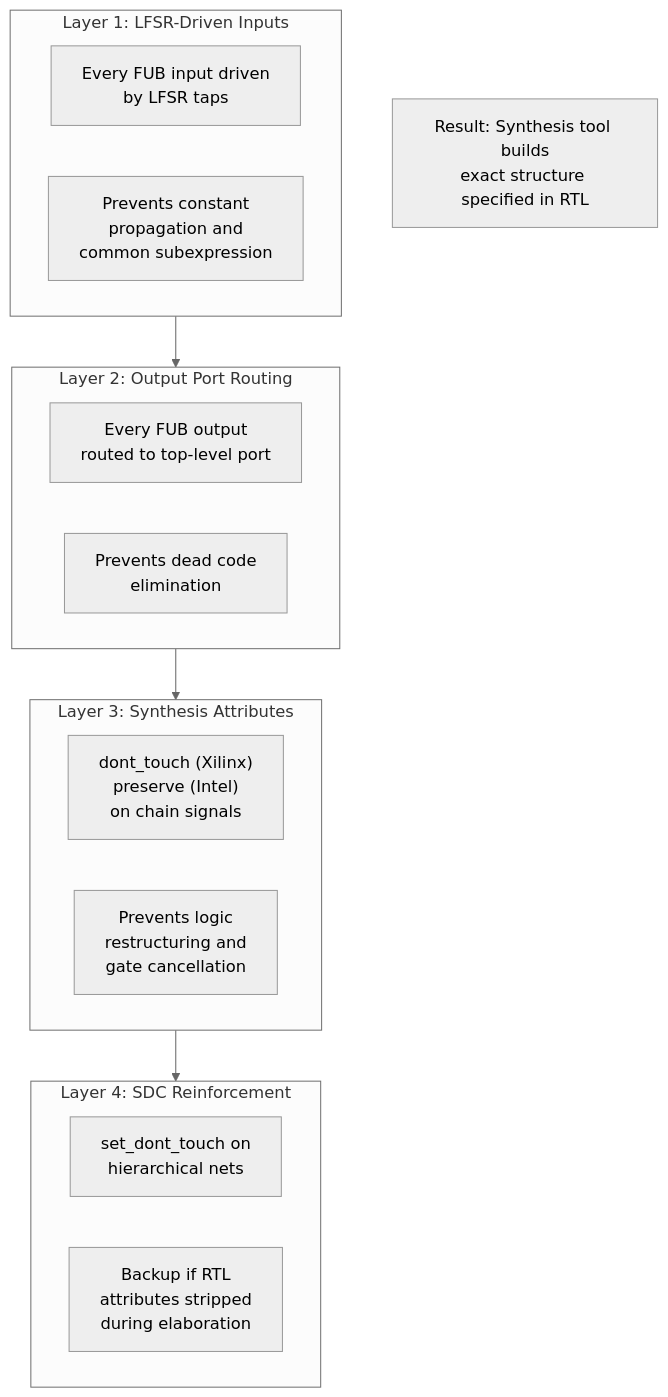
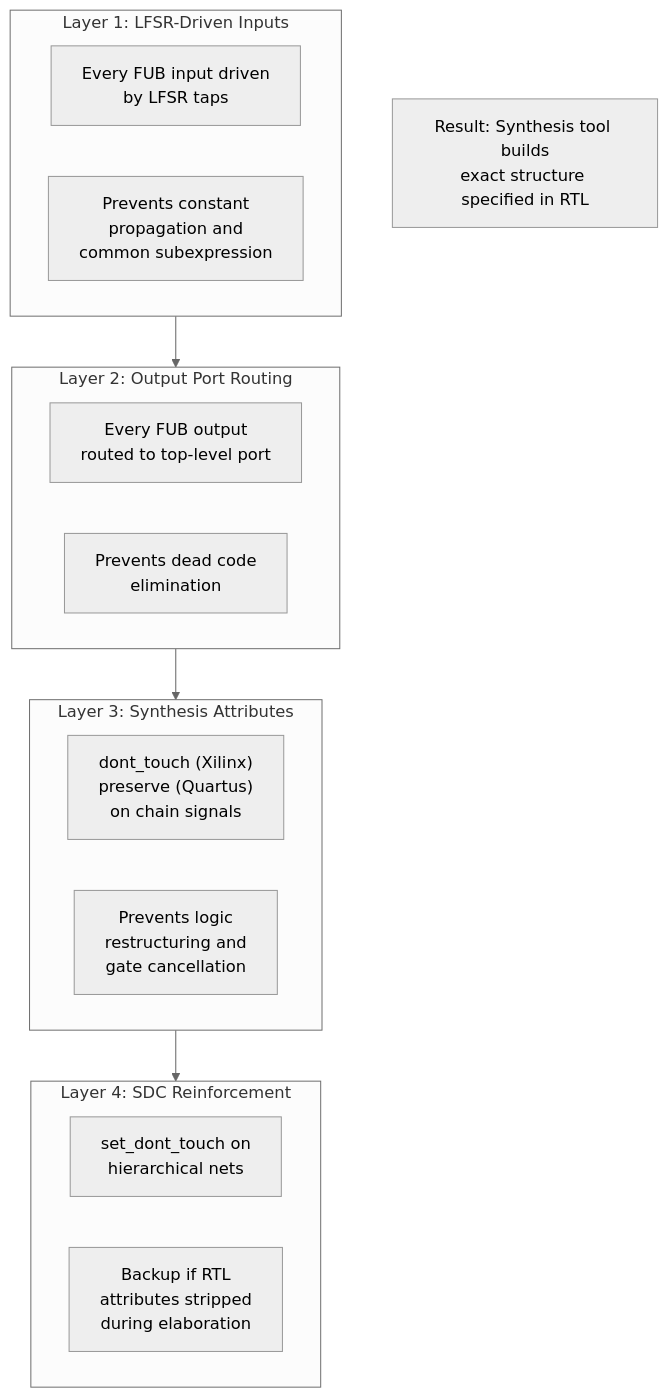
The diagram in projects/asic-trials/timing_characterization/docs/timing_char_mas/assets/mermaid/anti_optimization_detail.mmd (sean-galloway/RTLDesignSherpa), drawn with Mermaid before and after one commit. The commit also changed 138 other files, not shown here.

```diff
--- a/projects/asic-trials/timing_characterization/docs/timing_char_mas/assets/mermaid/anti_optimization_detail.mmd
+++ b/projects/asic-trials/timing_characterization/docs/timing_char_mas/assets/mermaid/anti_optimization_detail.mmd
@@ -1,29 +1,29 @@
 %%{init: {'theme': 'neutral'}}%%
 flowchart TB
     subgraph Layer1["Layer 1: LFSR-Driven Inputs"]
         direction LR
         L1_IN["Every FUB input driven<br/>by LFSR taps"]
         L1_EFF["Prevents constant<br/>propagation and<br/>common subexpression"]
     end
 
     subgraph Layer2["Layer 2: Output Port Routing"]
         direction LR
         L2_IN["Every FUB output<br/>routed to top-level port"]
         L2_EFF["Prevents dead code<br/>elimination"]
     end
 
     subgraph Layer3["Layer 3: Synthesis Attributes"]
         direction LR
-        L3_IN["dont_touch (Xilinx)<br/>preserve (Intel)<br/>on chain signals"]
+        L3_IN["dont_touch (Xilinx)<br/>preserve (Quartus)<br/>on chain signals"]
         L3_EFF["Prevents logic<br/>restructuring and<br/>gate cancellation"]
     end
 
     subgraph Layer4["Layer 4: SDC Reinforcement"]
         direction LR
         L4_IN["set_dont_touch on<br/>hierarchical nets"]
         L4_EFF["Backup if RTL<br/>attributes stripped<br/>during elaboration"]
     end
 
     Layer1 --> Layer2 --> Layer3 --> Layer4
 
     RESULT["Result: Synthesis tool builds<br/>exact structure specified in RTL"]
```
